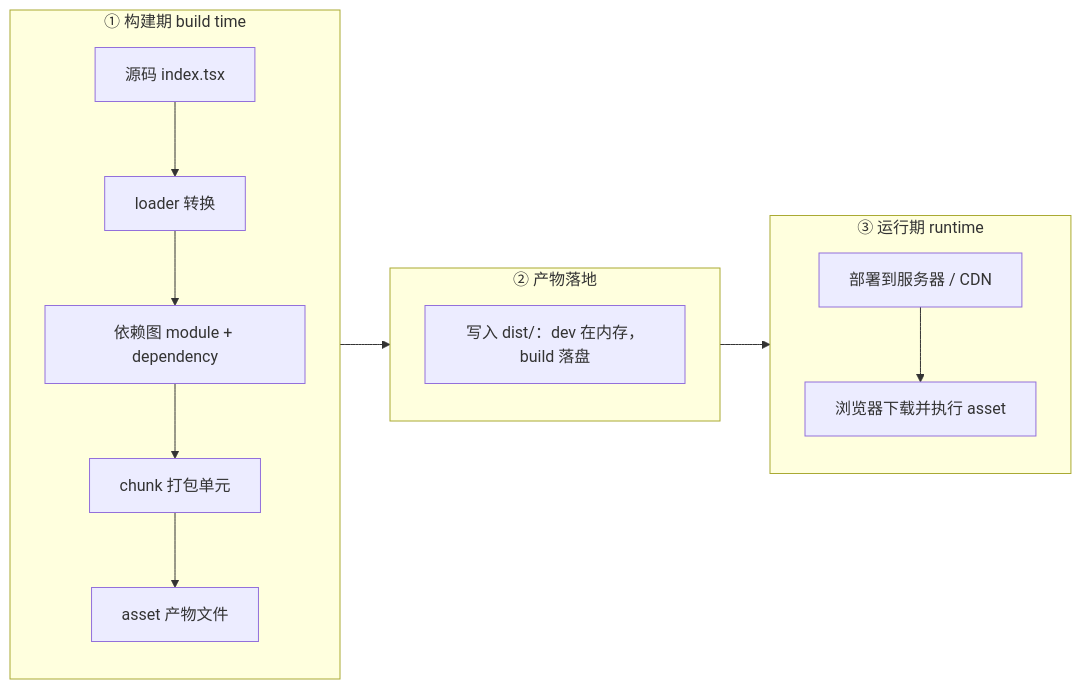
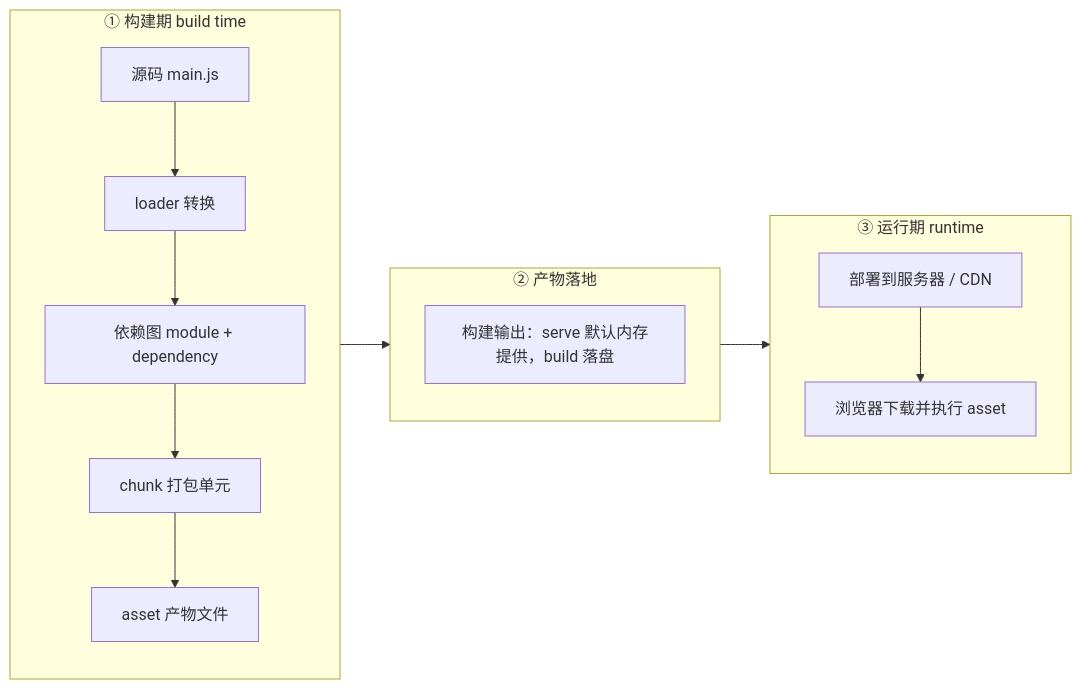
One commit to Jaxon1216/homepage changed the first of 14 diagrams in content/posts/frontend-build-tools-evolution.mdx. Above: the diagram before and after it, drawn with Mermaid. The commit also changed other lines of this file and 4 other files, not shown here.

````diff
--- a/content/posts/frontend-build-tools-evolution.mdx
+++ b/content/posts/frontend-build-tools-evolution.mdx
@@ -200,20 +138,20 @@
 ```mermaid
 flowchart LR
   subgraph BUILD["① 构建期 build time"]
     direction TB
-    SRC["源码 index.tsx"] --> L["loader 转换"]
+    SRC["源码 main.js"] --> L["loader 转换"]
     L --> DEP["依赖图 module + dependency"]
     DEP --> CHUNK["chunk 打包单元"]
     CHUNK --> ASSET["asset 产物文件"]
   end
   subgraph OUT["② 产物落地"]
     direction TB
-    DIST["写入 dist/：dev 在内存，build 落盘"]
+    DIST["构建输出：serve 默认内存提供，build 落盘"]
   end
   subgraph RUN["③ 运行期 runtime"]
     direction TB
     DEPLOY["部署到服务器 / CDN"] --> BROWSER["浏览器下载并执行 asset"]
   end
   ASSET --> DIST
   DIST --> DEPLOY
 ```
````
